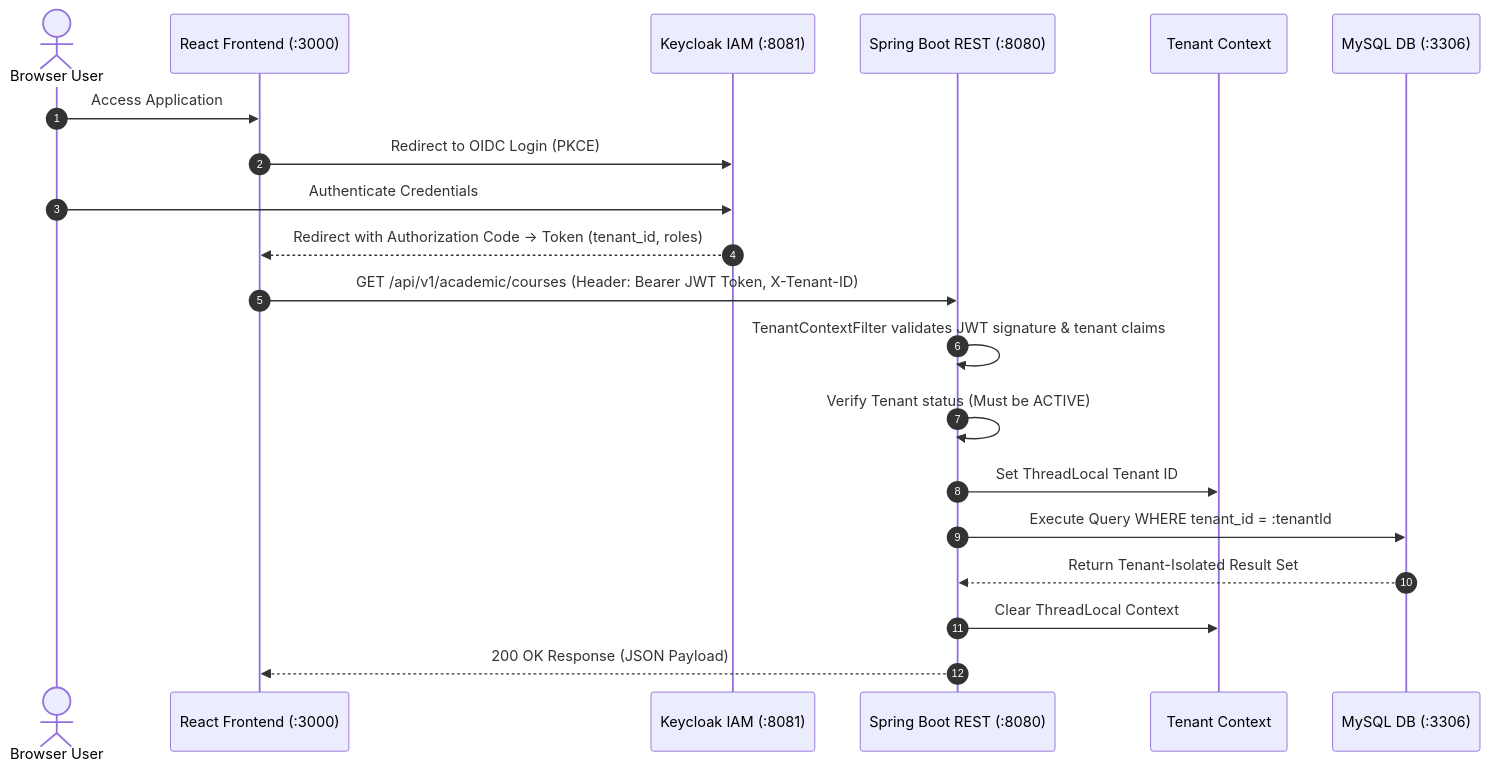
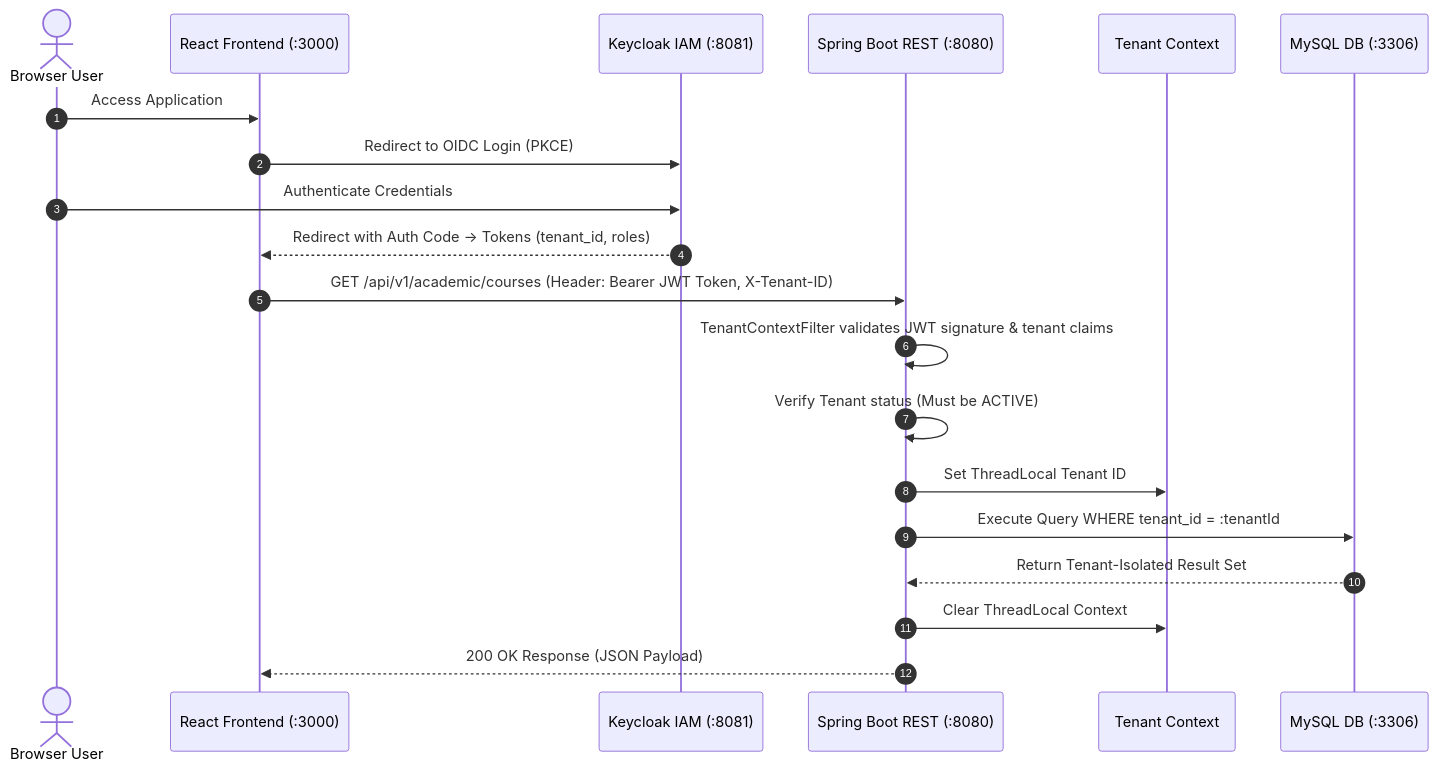
Before and after one commit to VedantPanchal23/ctri-dg_college-ERP: the third of 3 diagrams in README.md, drawn with Mermaid. The commit also changed other lines of this file, not shown here.

Commit message:
docs: fix Mermaid syntax error in architecture diagram and remove emojis for professional formatting

````diff
--- a/README.md
+++ b/README.md
@@ -123,23 +122,23 @@
 ```mermaid
 sequenceDiagram
     autonumber
     actor User as Browser User
     participant SPA as React Frontend (:3000)
     participant KC as Keycloak IAM (:8081)
     participant App as Spring Boot REST (:8080)
     participant Context as Tenant Context
     participant DB as MySQL DB (:3306)
 
     User->>SPA: Access Application
     SPA->>KC: Redirect to OIDC Login (PKCE)
     User->>KC: Authenticate Credentials
-    KC-->>SPA: Redirect with Authorization Code -> Token (tenant_id, roles)
+    KC-->>SPA: Redirect with Auth Code -> Tokens (tenant_id, roles)
     SPA->>App: GET /api/v1/academic/courses (Header: Bearer JWT Token, X-Tenant-ID)
     App->>App: TenantContextFilter validates JWT signature & tenant claims
     App->>App: Verify Tenant status (Must be ACTIVE)
     App->>Context: Set ThreadLocal Tenant ID
     App->>DB: Execute Query WHERE tenant_id = :tenantId
     DB-->>App: Return Tenant-Isolated Result Set
     App->>Context: Clear ThreadLocal Context
     App-->>SPA: 200 OK Response (JSON Payload)
 ```
````
